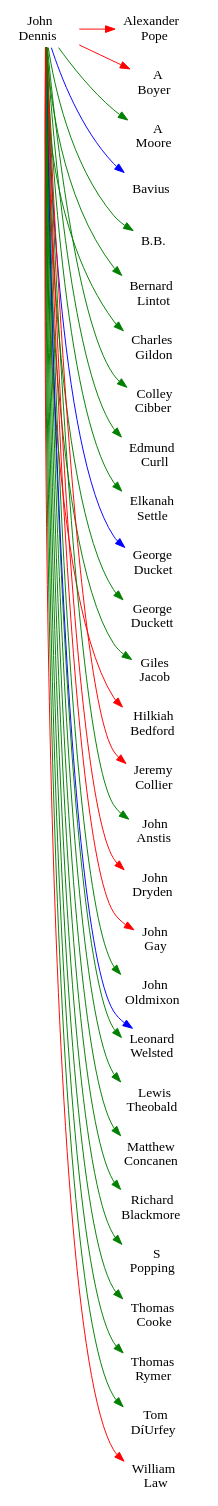
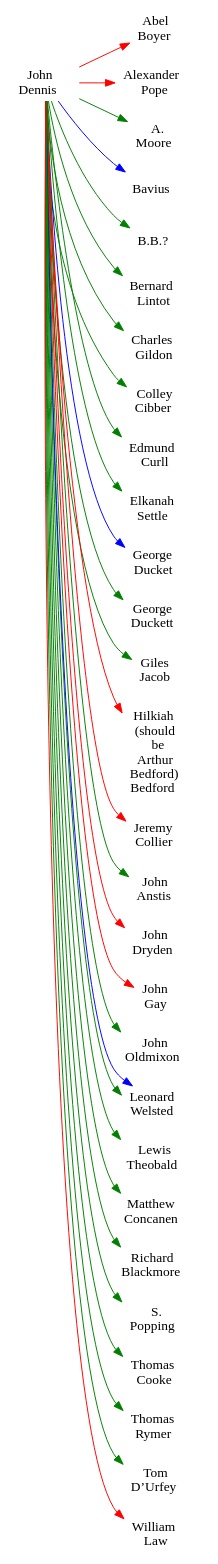
One commit to ontoligent/dunciad changed the diagram in images/JOHN_DENNIS.dot. Above: the diagram before and after it, drawn with Graphviz. The commit also changed 90 other files, not shown here.

```diff
--- a/images/JOHN_DENNIS.dot
+++ b/images/JOHN_DENNIS.dot
@@ -1,62 +1,62 @@
 digraph G {
 rankdir=LR
 node [shape=plaintext]
+ABEL_BOYER [label=< Abel<br/>Boyer >]
 ALEXANDER_POPE [label=< Alexander<br/>Pope >]
-A_BOYER [label=< A<br/>Boyer >]
-A_MOORE [label=< A<br/>Moore >]
+A_MOORE [label=< A.<br/>Moore >]
 BAVIUS [label=< Bavius >]
-BB [label=< B.B. >]
+BB [label=< B.B.? >]
 BERNARD_LINTOT [label=< Bernard<br/>Lintot >]
 CHARLES_GILDON [label=< Charles<br/>Gildon >]
 COLLEY_CIBBER [label=< Colley<br/>Cibber >]
 EDMUND_CURLL [label=< Edmund<br/>Curll >]
 ELKANAH_SETTLE [label=< Elkanah<br/>Settle >]
 GEORGE_DUCKET [label=< George<br/>Ducket >]
 GEORGE_DUCKETT [label=< George<br/>Duckett >]
 GILES_JACOB [label=< Giles<br/>Jacob >]
-HILKIAH_BEDFORD [label=< Hilkiah<br/>Bedford >]
+HILKIAH_SHOULD_BE_ARTHUR_BEDFORD_BEDFORD [label=< Hilkiah<br/>(should<br/>be<br/>Arthur<br/>Bedford)<br/>Bedford >]
 JEREMY_COLLIER [label=< Jeremy<br/>Collier >]
 JOHN_ANSTIS [label=< John<br/>Anstis >]
 JOHN_DENNIS [label=< John<br/>Dennis >]
 JOHN_DRYDEN [label=< John<br/>Dryden >]
 JOHN_GAY [label=< John<br/>Gay >]
 JOHN_OLDMIXON [label=< John<br/>Oldmixon >]
 LEONARD_WELSTED [label=< Leonard<br/>Welsted >]
 LEWIS_THEOBALD [label=< Lewis<br/>Theobald >]
 MATTHEW_CONCANEN [label=< Matthew<br/>Concanen >]
 RICHARD_BLACKMORE [label=< Richard<br/>Blackmore >]
-S_POPPING [label=< S<br/>Popping >]
+S_POPPING [label=< S.<br/>Popping >]
 THOMAS_COOKE [label=< Thomas<br/>Cooke >]
 THOMAS_RYMER [label=< Thomas<br/>Rymer >]
-TOM_DÍURFEY [label=< Tom<br/>DíUrfey >]
+TOM_DURFEY [label=< Tom<br/>D’Urfey >]
 WILLIAM_LAW [label=< William<br/>Law >]
-JOHN_DENNIS -> ALEXANDER_POPE [color=red weight=3136]
-JOHN_DENNIS -> A_BOYER [color=red weight=1]
+JOHN_DENNIS -> ABEL_BOYER [color=red weight=1]
+JOHN_DENNIS -> ALEXANDER_POPE [color=red weight=3364]
 JOHN_DENNIS -> A_MOORE [color=green weight=1]
 JOHN_DENNIS -> BAVIUS [color=blue weight=1]
 JOHN_DENNIS -> BB [color=green weight=1]
 JOHN_DENNIS -> BERNARD_LINTOT [color=green weight=4]
 JOHN_DENNIS -> CHARLES_GILDON [color=green weight=25]
 JOHN_DENNIS -> COLLEY_CIBBER [color=green weight=4]
 JOHN_DENNIS -> EDMUND_CURLL [color=green weight=9]
 JOHN_DENNIS -> ELKANAH_SETTLE [color=green weight=1]
 JOHN_DENNIS -> GEORGE_DUCKET [color=blue weight=1]
 JOHN_DENNIS -> GEORGE_DUCKETT [color=green weight=1]
 JOHN_DENNIS -> GILES_JACOB [color=green weight=9]
-JOHN_DENNIS -> HILKIAH_BEDFORD [color=red weight=1]
+JOHN_DENNIS -> HILKIAH_SHOULD_BE_ARTHUR_BEDFORD_BEDFORD [color=red weight=1]
 JOHN_DENNIS -> JEREMY_COLLIER [color=red weight=1]
 JOHN_DENNIS -> JOHN_ANSTIS [color=green weight=1]
 JOHN_DENNIS -> JOHN_DRYDEN [color=red weight=4]
 JOHN_DENNIS -> JOHN_GAY [color=red weight=1]
 JOHN_DENNIS -> JOHN_OLDMIXON [color=green weight=4]
 JOHN_DENNIS -> LEONARD_WELSTED [color=green weight=1]
 JOHN_DENNIS -> LEONARD_WELSTED [color=blue weight=1]
 JOHN_DENNIS -> LEWIS_THEOBALD [color=green weight=25]
 JOHN_DENNIS -> MATTHEW_CONCANEN [color=green weight=1]
 JOHN_DENNIS -> RICHARD_BLACKMORE [color=green weight=16]
 JOHN_DENNIS -> S_POPPING [color=green weight=1]
 JOHN_DENNIS -> THOMAS_COOKE [color=green weight=1]
 JOHN_DENNIS -> THOMAS_RYMER [color=green weight=1]
-JOHN_DENNIS -> TOM_DÍURFEY [color=green weight=4]
+JOHN_DENNIS -> TOM_DURFEY [color=green weight=4]
 JOHN_DENNIS -> WILLIAM_LAW [color=red weight=16]
 }
```
